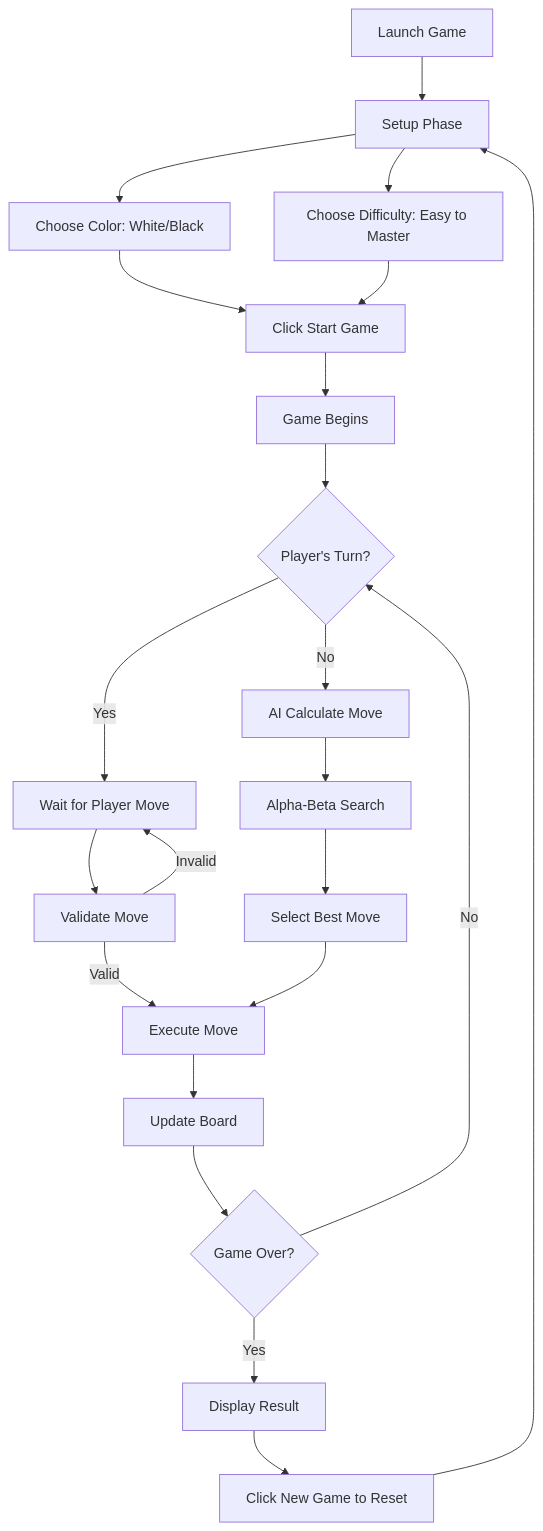
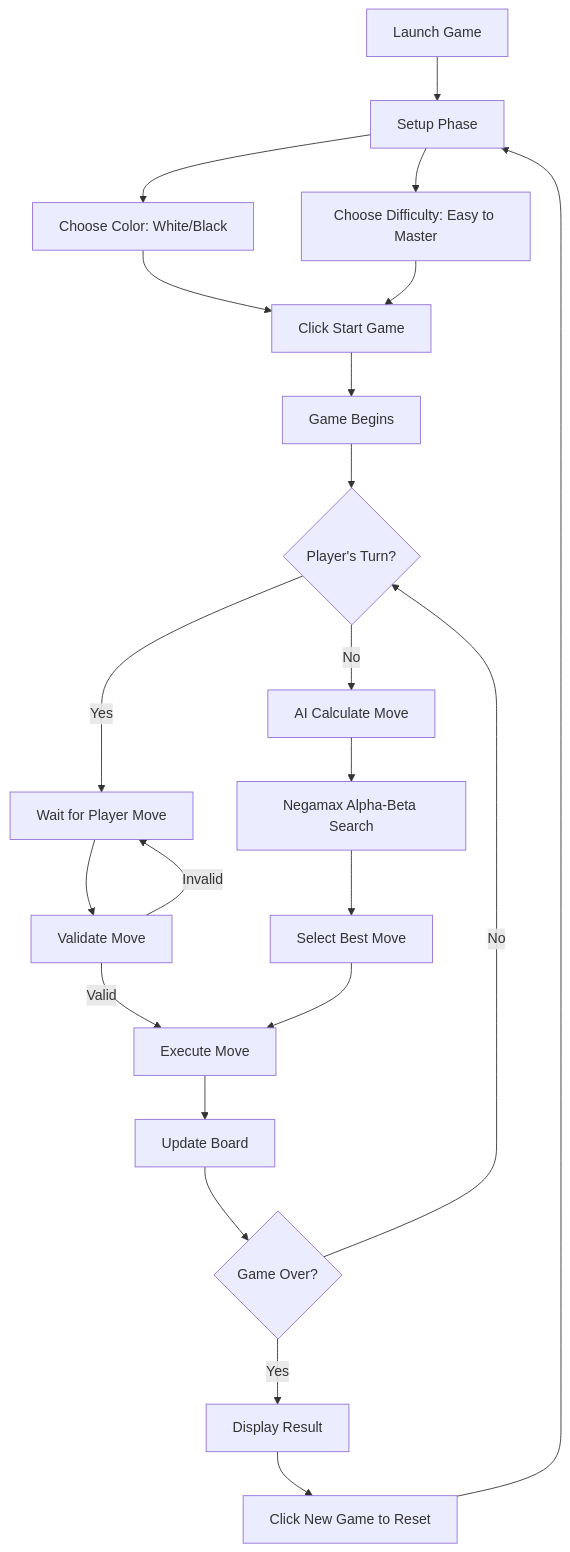
The first of 3 diagrams in README.md (MorfidisJ/Chess-Java), drawn with Mermaid before and after one commit. The commit also changed other lines of this file and 7 other files, not shown here.

````diff
--- a/README.md
+++ b/README.md
@@ -59,24 +70,24 @@
 ```mermaid
 flowchart TD
     A[Launch Game] --> B[Setup Phase]
     B --> C[Choose Color: White/Black]
     B --> D[Choose Difficulty: Easy to Master]
     C --> E[Click Start Game]
     D --> E
     E --> F[Game Begins]
     F --> G{Player's Turn?}
     G -->|Yes| H[Wait for Player Move]
     G -->|No| I[AI Calculate Move]
     H --> J[Validate Move]
     J -->|Invalid| H
     J -->|Valid| K[Execute Move]
-    I --> L[Alpha-Beta Search]
+    I --> L[Negamax Alpha-Beta Search]
     L --> M[Select Best Move]
     M --> K
     K --> N[Update Board]
     N --> O{Game Over?}
     O -->|No| G
     O -->|Yes| P[Display Result]
     P --> Q[Click New Game to Reset]
     Q --> B
 ```
````
